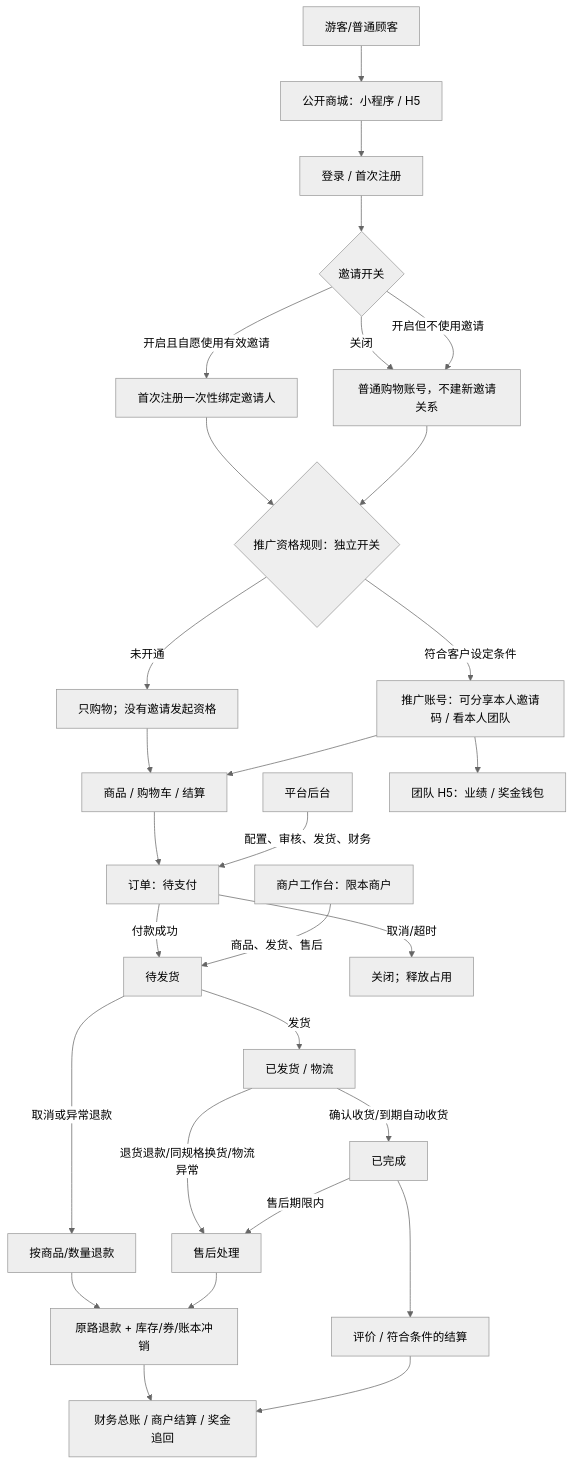
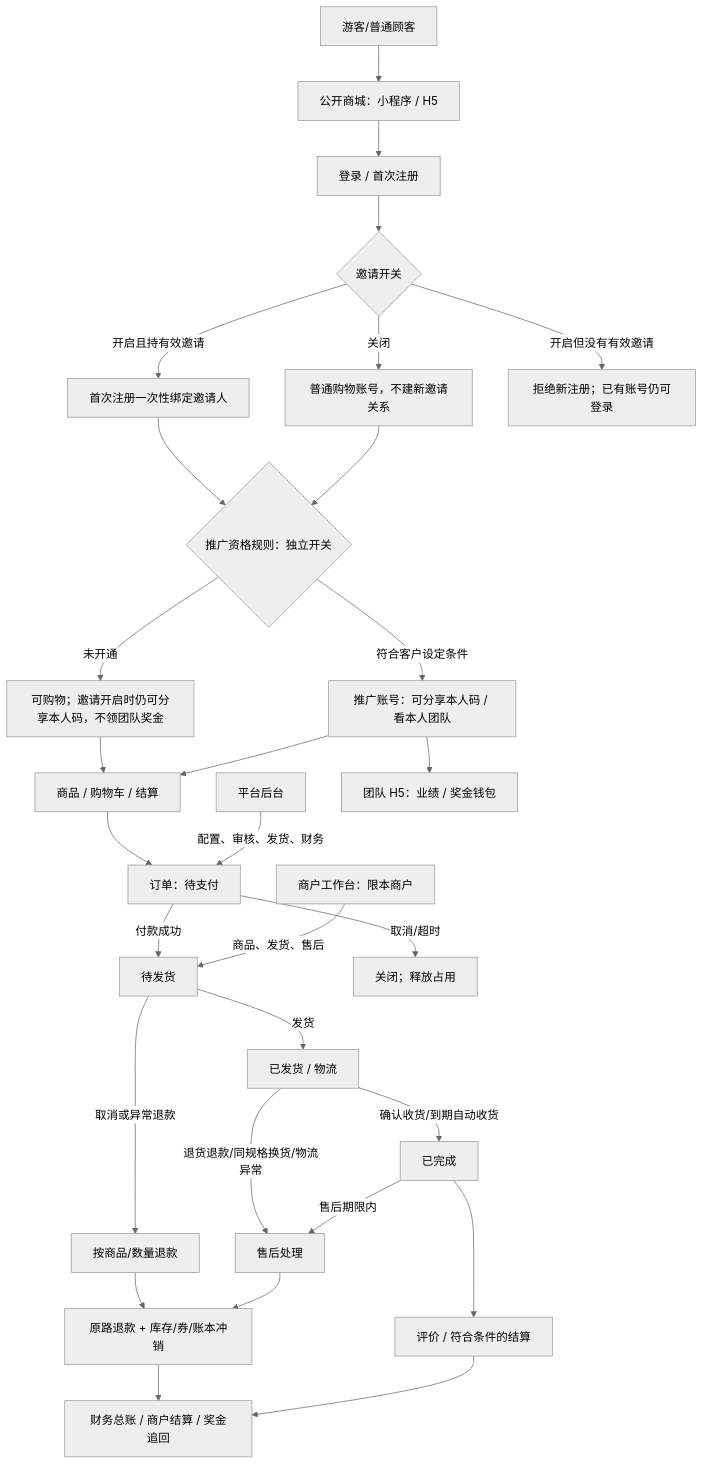
Before and after one commit to lifei3651/mall-swarm: the first of 2 diagrams in document/PRODUCT_CURRENT_MAP.md, drawn with Mermaid (neutral theme). The commit also changed other lines of this file and 28 other files, not shown here.

````diff
--- a/document/PRODUCT_CURRENT_MAP.md
+++ b/document/PRODUCT_CURRENT_MAP.md
@@ -18,31 +18,31 @@
 ```mermaid
 flowchart TB
   C[游客/普通顾客] --> P[公开商城：小程序 / H5]
   P --> L[登录 / 首次注册]
   L --> I{邀请开关}
   I -->|关闭| N[普通购物账号，不建新邀请关系]
-  I -->|开启且自愿使用有效邀请| B[首次注册一次性绑定邀请人]
-  I -->|开启但不使用邀请| N
+  I -->|开启且持有效邀请| B[首次注册一次性绑定邀请人]
+  I -->|开启但没有有效邀请| Block[拒绝新注册；已有账号仍可登录]
   B --> Q{推广资格规则：独立开关}
   N --> Q
-  Q -->|未开通| T[只购物；没有邀请发起资格]
-  Q -->|符合客户设定条件| V[推广账号：可分享本人邀请码 / 看本人团队]
+  Q -->|未开通| T[可购物；邀请开启时仍可分享本人码，不领团队奖金]
+  Q -->|符合客户设定条件| V[推广账号：可分享本人码 / 看本人团队]
   T --> G[商品 / 购物车 / 结算]
   V --> G
   G --> O[订单：待支付]
   O -->|付款成功| F[待发货]
   O -->|取消/超时| X[关闭；释放占用]
   F -->|发货| S[已发货 / 物流]
   F -->|取消或异常退款| R[按商品/数量退款]
   S -->|确认收货/到期自动收货| D[已完成]
   S -->|退货退款/同规格换货/物流异常| A[售后处理]
   D -->|售后期限内| A
   R --> Z[原路退款 + 库存/券/账本冲销]
   A --> Z
   D --> Y[评价 / 符合条件的结算]
   Z --> W[财务总账 / 商户结算 / 奖金追回]
   Y --> W
   OP[平台后台] -->|配置、审核、发货、财务| O
   M[商户工作台：限本商户] -->|商品、发货、售后| F
   V --> H[团队 H5：业绩 / 奖金钱包]
 ```
````
